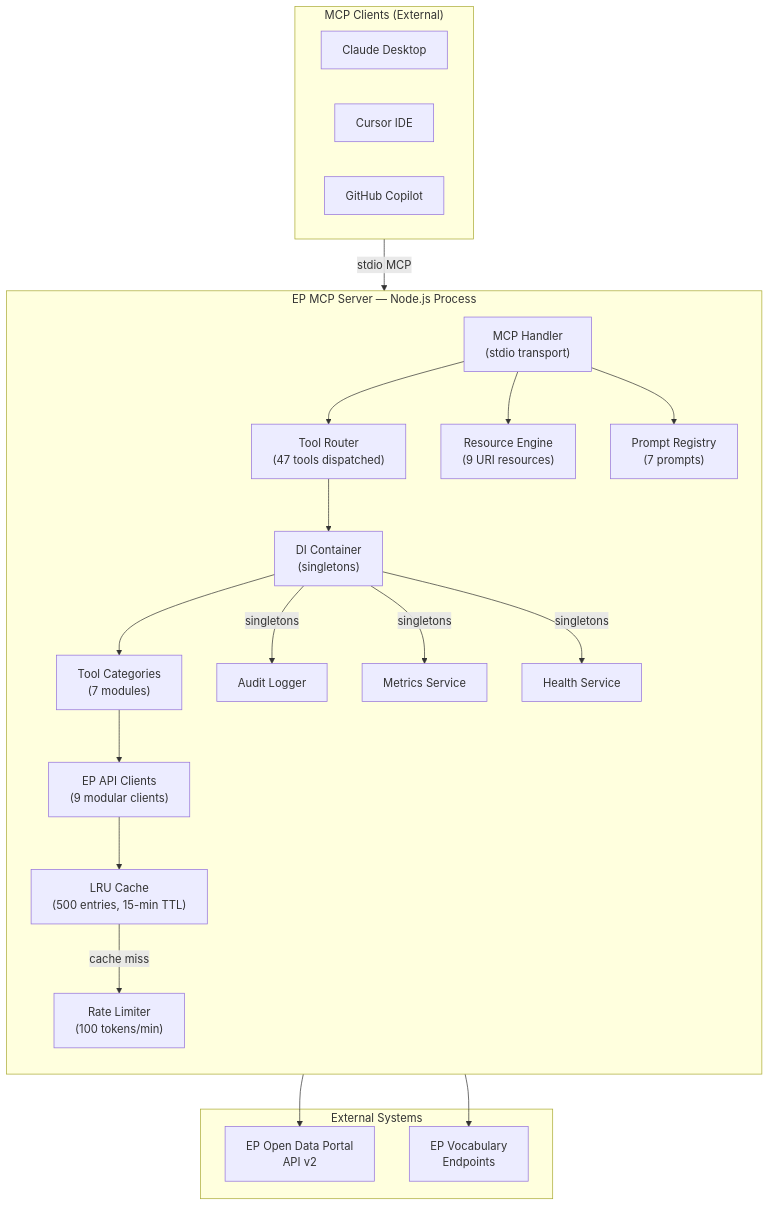
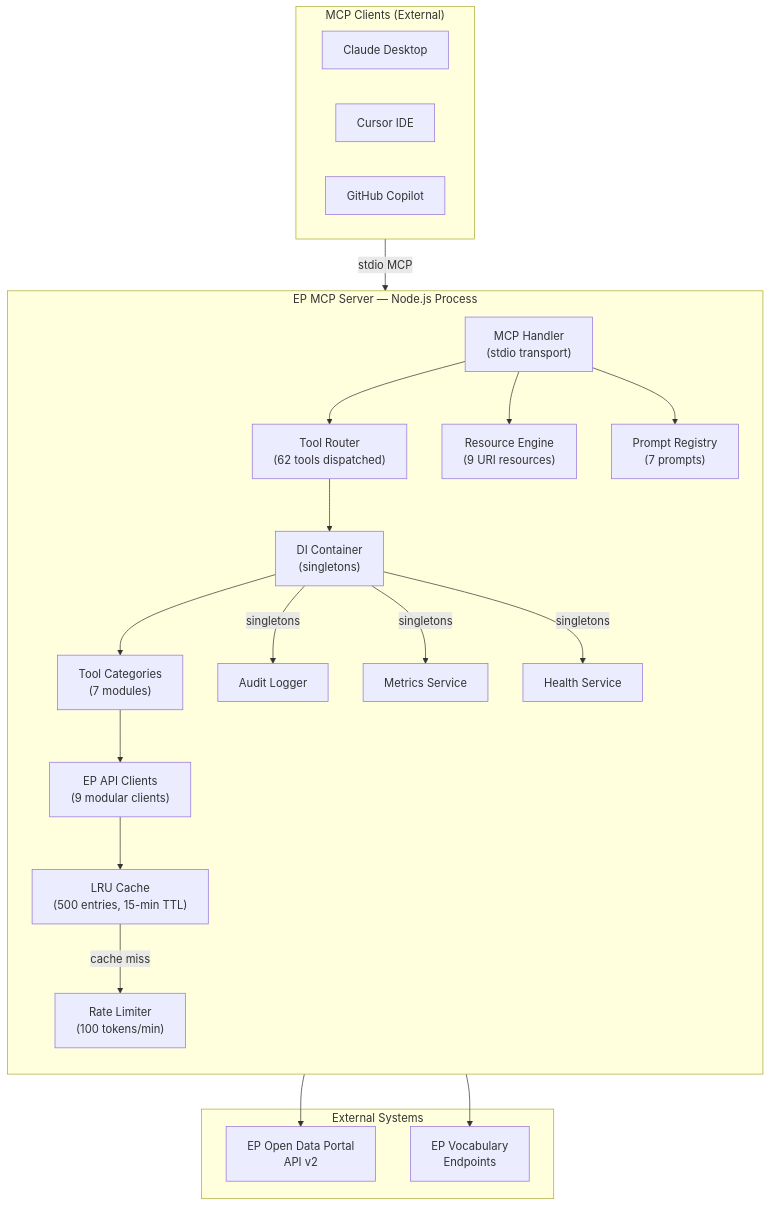
One commit to Hack23/European-Parliament-MCP-Server changed the second of 4 diagrams in ARCHITECTURE.md. Above: the diagram before and after it, drawn with Mermaid. The commit also changed other lines of this file and 2 other files, not shown here.

Commit message:
docs: update ARCHITECTURE.md tool counts (62 tools), typedoc.json improvements

````diff
--- a/ARCHITECTURE.md
+++ b/ARCHITECTURE.md
@@ -101,44 +101,44 @@
 ```mermaid
 flowchart TD
     subgraph MCPClients["MCP Clients (External)"]
         CC["Claude Desktop"]
         CU["Cursor IDE"]
         CO["GitHub Copilot"]
     end
 
     subgraph EPMCPServer["EP MCP Server — Node.js Process"]
         direction TB
         MH["MCP Handler\n(stdio transport)"]
-        TR["Tool Router\n(47 tools dispatched)"]
+        TR["Tool Router\n(62 tools dispatched)"]
         RE["Resource Engine\n(9 URI resources)"]
         PR["Prompt Registry\n(7 prompts)"]
         DI["DI Container\n(singletons)"]
         TC["Tool Categories\n(7 modules)"]
         EC["EP API Clients\n(9 modular clients)"]
         CA["LRU Cache\n(500 entries, 15-min TTL)"]
         RL["Rate Limiter\n(100 tokens/min)"]
         AL["Audit Logger"]
         MS["Metrics Service"]
         HS["Health Service"]
     end
 
     subgraph ExternalSystems["External Systems"]
         EPA["EP Open Data Portal\nAPI v2"]
         EV["EP Vocabulary\nEndpoints"]
     end
 
     MCPClients -->|"stdio MCP"| MH
     MH --> TR
     MH --> RE
     MH --> PR
     TR --> DI
     DI --> TC
     TC --> EC
     EC --> CA
     CA -->|"cache miss"| RL
     RL --> EPA
     EC --> EV
     DI -->|"singletons"| AL
     DI -->|"singletons"| MS
     DI -->|"singletons"| HS
 ```
````
